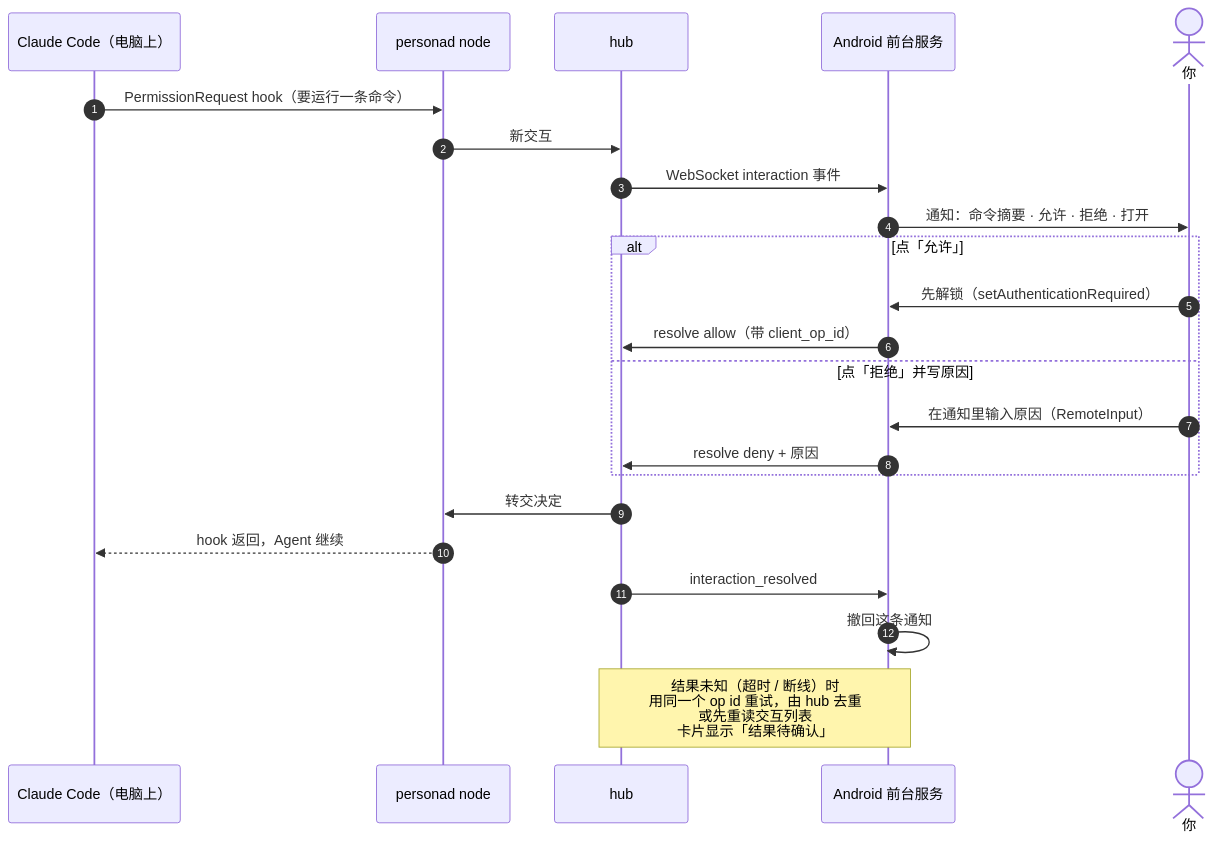
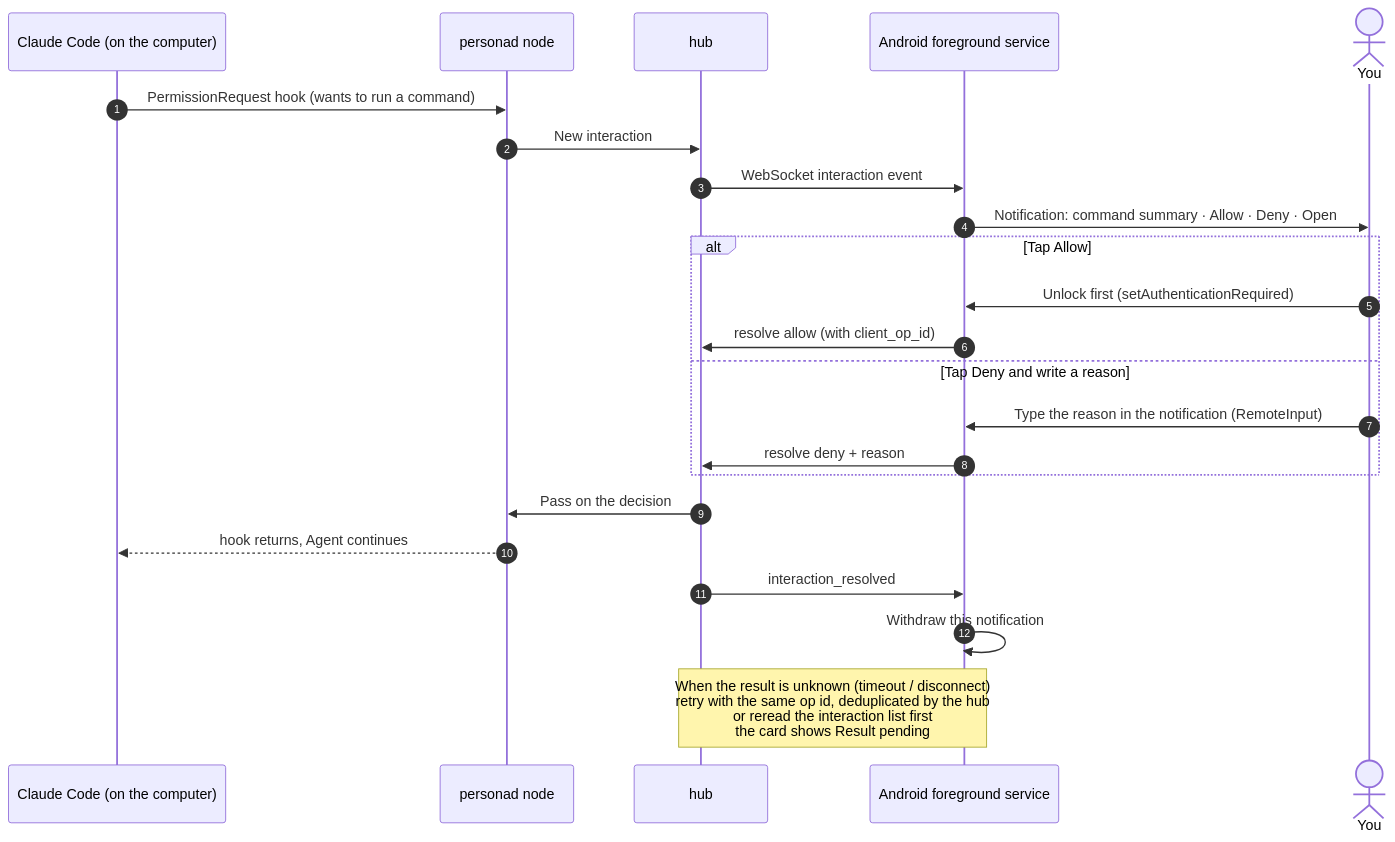
Before and after one commit to 413180794/persona: the eighth of 15 diagrams in docs/redesign/flows.md, drawn with Mermaid. The commit also changed other lines of this file and 6 other files, not shown here.

````diff
--- a/docs/redesign/flows.md
+++ b/docs/redesign/flows.md
@@ -201,25 +201,25 @@
 ```mermaid
 sequenceDiagram
   autonumber
-  participant C as Claude Code（电脑上）
+  participant C as Claude Code (on the computer)
   participant N as personad node
   participant H as hub
-  participant S as Android 前台服务
-  actor U as 你
-  C->>N: PermissionRequest hook（要运行一条命令）
-  N->>H: 新交互
-  H->>S: WebSocket interaction 事件
-  S->>U: 通知：命令摘要 · 允许 · 拒绝 · 打开
-  alt 点「允许」
-    U->>S: 先解锁（setAuthenticationRequired）
-    S->>H: resolve allow（带 client_op_id）
-  else 点「拒绝」并写原因
-    U->>S: 在通知里输入原因（RemoteInput）
-    S->>H: resolve deny + 原因
+  participant S as Android foreground service
+  actor U as You
+  C->>N: PermissionRequest hook (wants to run a command)
+  N->>H: New interaction
+  H->>S: WebSocket interaction event
+  S->>U: Notification: command summary · Allow · Deny · Open
+  alt Tap Allow
+    U->>S: Unlock first (setAuthenticationRequired)
+    S->>H: resolve allow (with client_op_id)
+  else Tap Deny and write a reason
+    U->>S: Type the reason in the notification (RemoteInput)
+    S->>H: resolve deny + reason
   end
-  H->>N: 转交决定
-  N-->>C: hook 返回，Agent 继续
+  H->>N: Pass on the decision
+  N-->>C: hook returns, Agent continues
   H->>S: interaction_resolved
-  S->>S: 撤回这条通知
-  Note over H,S: 结果未知（超时 / 断线）时<br/>用同一个 op id 重试，由 hub 去重<br/>或先重读交互列表<br/>卡片显示「结果待确认」
+  S->>S: Withdraw this notification
+  Note over H,S: When the result is unknown (timeout / disconnect)<br/>retry with the same op id, deduplicated by the hub<br/>or reread the interaction list first<br/>the card shows Result pending
 ```
````
